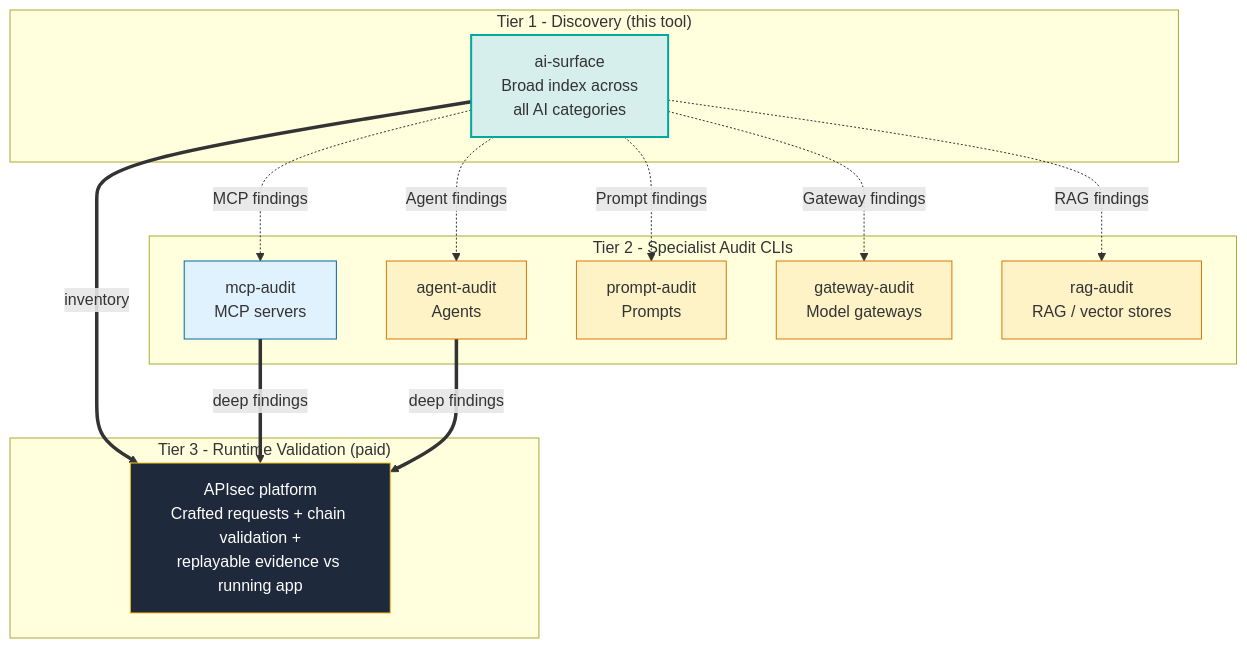
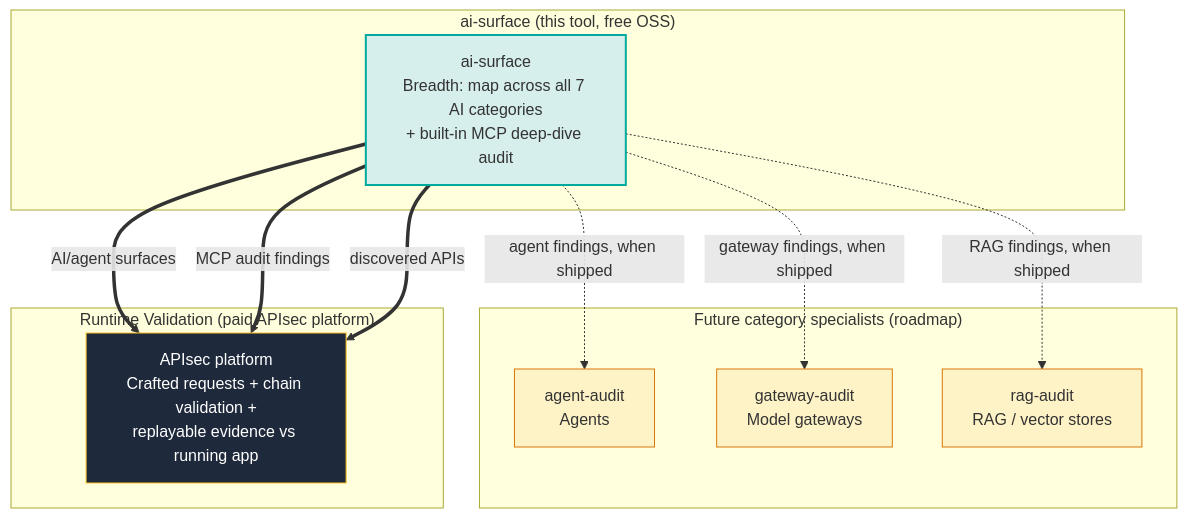
One commit to actions-marketplace-validations/apisec-inc_AI-Surface changed the second of 4 diagrams in README.md. Above: the diagram before and after it, drawn with Mermaid. The commit also changed other lines of this file, not shown here.

````diff
--- a/README.md
+++ b/README.md
@@ -119,35 +118,29 @@
 ```mermaid
 flowchart TB
-    subgraph DISCOVERY ["Tier 1 - Discovery (this tool)"]
-        AS[ai-surface<br/>Broad index across<br/>all AI categories]
+    subgraph DISCOVERY ["ai-surface (this tool, free OSS)"]
+        AS[ai-surface<br/>Breadth: map across all 7 AI categories<br/>+ built-in MCP deep-dive audit]
     end
 
-    subgraph INSPECTION ["Tier 2 - Specialist Audit CLIs"]
-        MCP[mcp-audit<br/>MCP servers]
+    subgraph INSPECTION ["Future category specialists (roadmap)"]
         AG[agent-audit<br/>Agents]
-        PR[prompt-audit<br/>Prompts]
         GW[gateway-audit<br/>Model gateways]
         RAG[rag-audit<br/>RAG / vector stores]
     end
 
-    subgraph VALIDATION ["Tier 3 - Runtime Validation (paid)"]
+    subgraph VALIDATION ["Runtime Validation (paid APIsec platform)"]
         APISEC[APIsec platform<br/>Crafted requests + chain validation +<br/>replayable evidence vs running app]
     end
 
-    AS -.->|MCP findings| MCP
-    AS -.->|Agent findings| AG
-    AS -.->|Prompt findings| PR
-    AS -.->|Gateway findings| GW
-    AS -.->|RAG findings| RAG
-    AS ==>|inventory| APISEC
-    MCP ==>|deep findings| APISEC
-    AG ==>|deep findings| APISEC
+    AS -.->|agent findings, when shipped| AG
+    AS -.->|gateway findings, when shipped| GW
+    AS -.->|RAG findings, when shipped| RAG
+    AS ==>|AI/agent surfaces| APISEC
+    AS ==>|MCP audit findings| APISEC
+    AS ==>|discovered APIs| APISEC
 
     style AS fill:#d6efec,stroke:#00a99d,stroke-width:2px
-    style MCP fill:#e0f2fe,stroke:#0369a1
     style AG fill:#fef3c7,stroke:#d97706
-    style PR fill:#fef3c7,stroke:#d97706
     style GW fill:#fef3c7,stroke:#d97706
     style RAG fill:#fef3c7,stroke:#d97706
     style APISEC fill:#1e293b,stroke:#fbbf24,color:#fff
 ```
````
